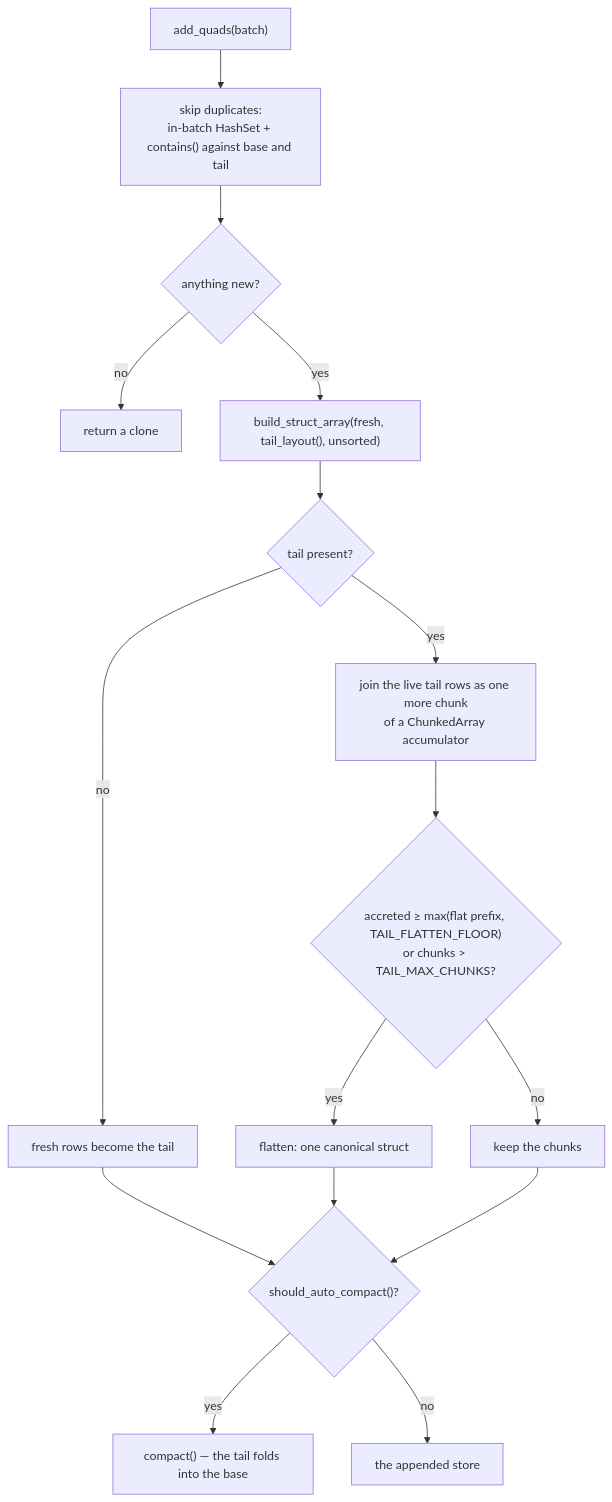
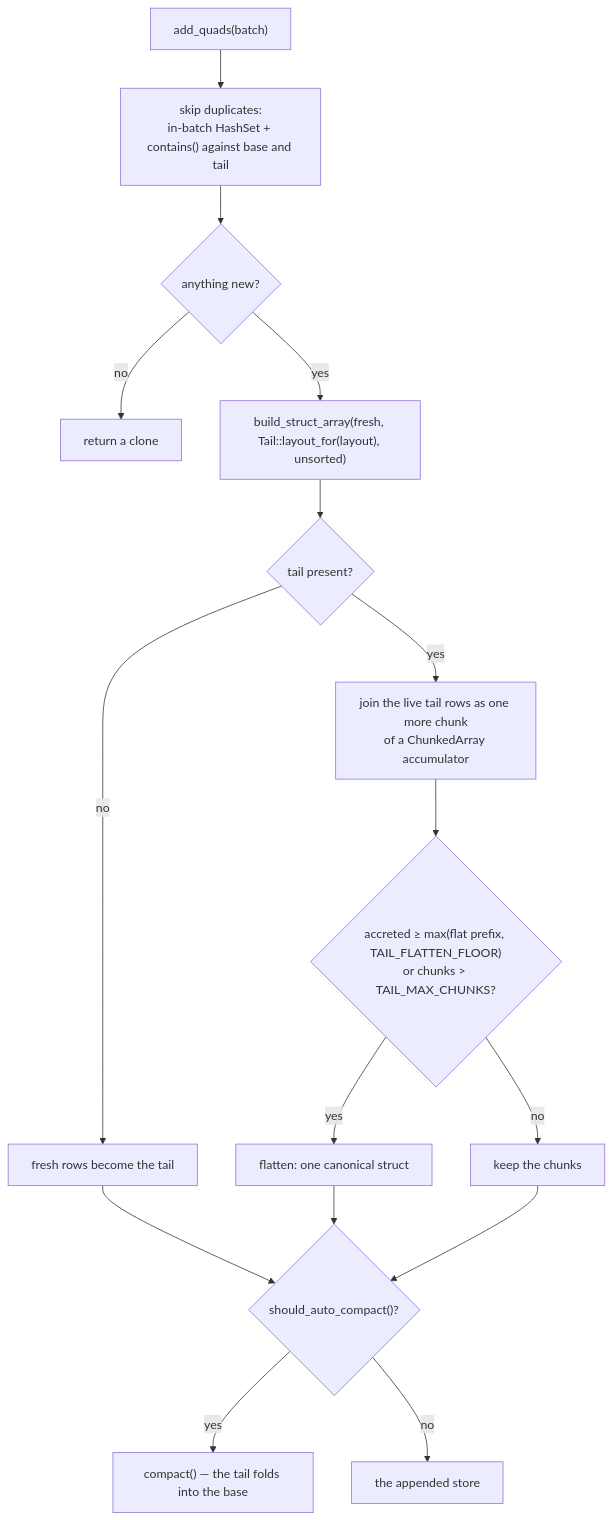
Before and after one commit to vortex-rdf/vortex-rdf: the second of 4 diagrams in docs/mutations.md, drawn with Mermaid. The commit also changed other lines of this file and 5 other files, not shown here.

````diff
--- a/docs/mutations.md
+++ b/docs/mutations.md
@@ -55,18 +55,18 @@
 ```mermaid
 flowchart TD
     A["add_quads(batch)"] --> P["skip duplicates:<br/>in-batch HashSet + contains() against base and tail"]
     P --> E{"anything new?"}
     E -- "no" --> S["return a clone"]
-    E -- "yes" --> F["build_struct_array(fresh, tail_layout(), unsorted)"]
+    E -- "yes" --> F["build_struct_array(fresh, Tail::layout_for(layout), unsorted)"]
     F --> C{"tail present?"}
     C -- "no" --> N["fresh rows become the tail"]
     C -- "yes" --> K["join the live tail rows as one more chunk<br/>of a ChunkedArray accumulator"]
     K --> G{"accreted ≥ max(flat prefix, TAIL_FLATTEN_FLOOR)<br/>or chunks > TAIL_MAX_CHUNKS?"}
     G -- "yes" --> H["flatten: one canonical struct"]
     G -- "no" --> M["keep the chunks"]
     N --> Z{"should_auto_compact()?"}
     H --> Z
     M --> Z
     Z -- "yes" --> X["compact() — the tail folds into the base"]
     Z -- "no" --> Y["the appended store"]
 ```
````
